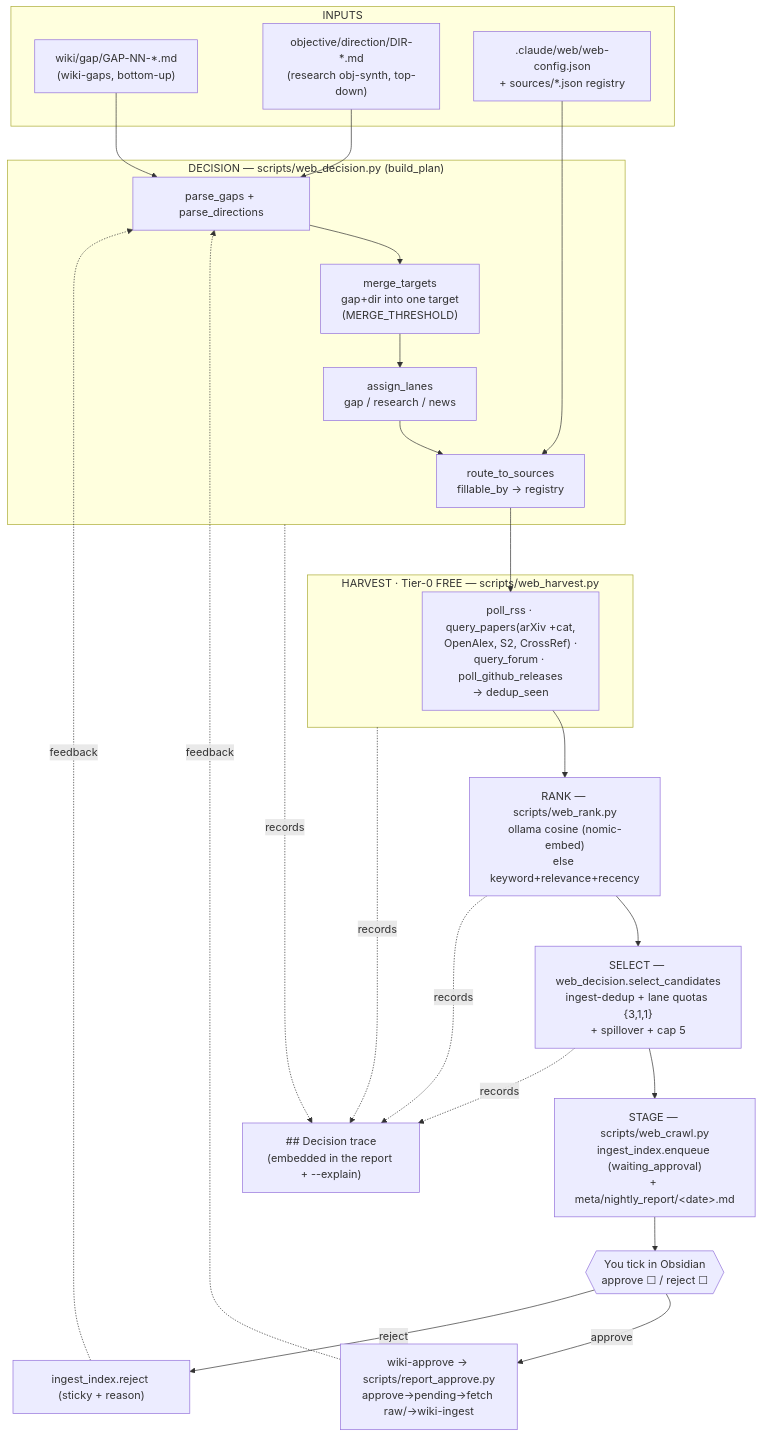
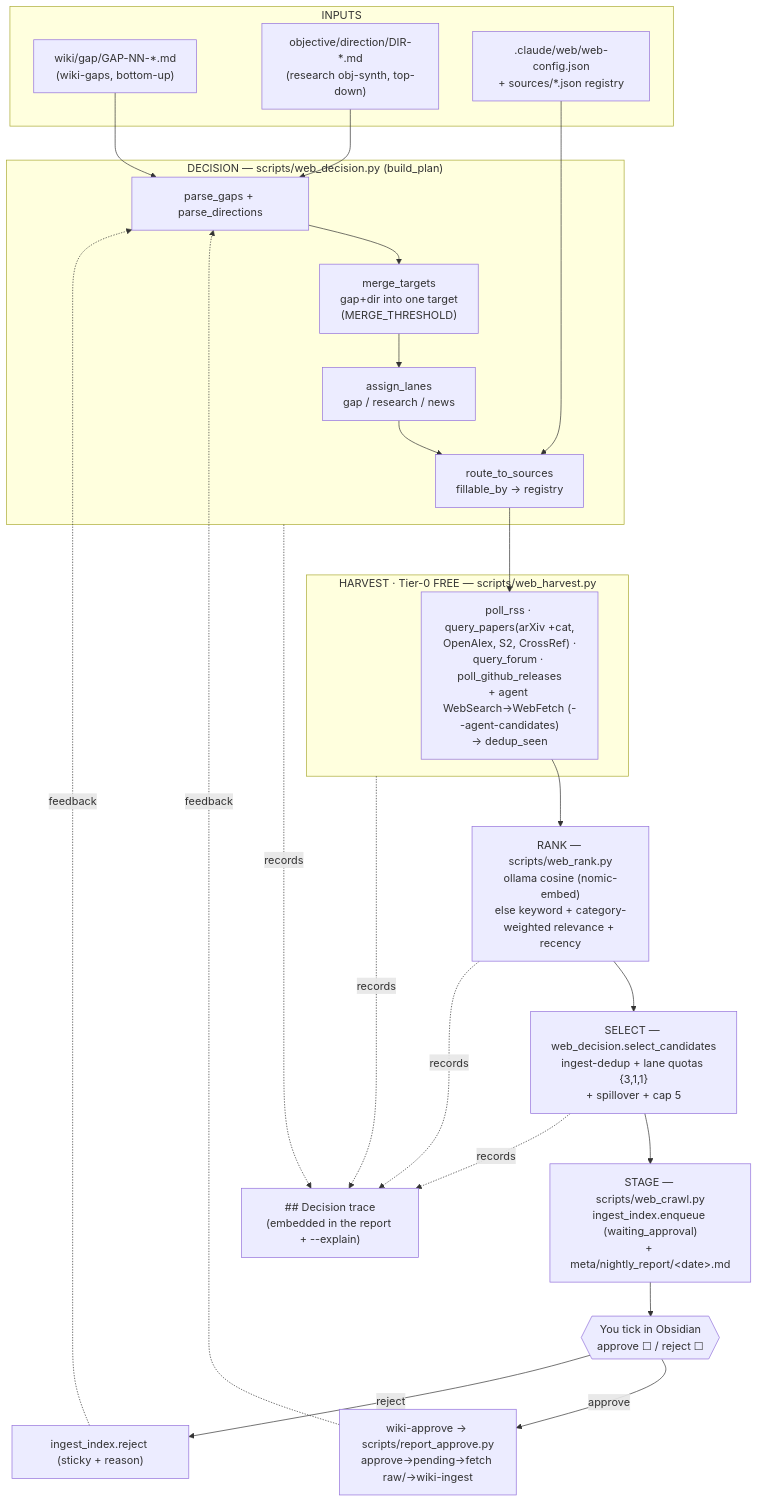
One commit to jjpietrak/secondbrain changed the diagram in docs/web-agent-workflow.md. Above: the diagram before and after it, drawn with Mermaid. The commit also changed other lines of this file, not shown here.

First line of the commit message:
docs: complete web-agent-workflow.md refresh (worktree copy; see 596d3b3)

````diff
--- a/docs/web-agent-workflow.md
+++ b/docs/web-agent-workflow.md
@@ -15,41 +16,41 @@
 ```mermaid
 flowchart TD
   subgraph IN["INPUTS"]
     G["wiki/gap/GAP-NN-*.md<br/>(wiki-gaps, bottom-up)"]
     D["objective/direction/DIR-*.md<br/>(research obj-synth, top-down)"]
     CFG[".claude/web/web-config.json<br/>+ sources/*.json registry"]
   end
 
   subgraph DEC["DECISION — scripts/web_decision.py (build_plan)"]
     P["parse_gaps + parse_directions"]
     M["merge_targets<br/>gap+dir into one target<br/>(MERGE_THRESHOLD)"]
     L["assign_lanes<br/>gap / research / news"]
     R["route_to_sources<br/>fillable_by → registry"]
     P --> M --> L --> R
   end
 
   subgraph HARV["HARVEST · Tier-0 FREE — scripts/web_harvest.py"]
-    H["poll_rss · query_papers(arXiv +cat,<br/>OpenAlex, S2, CrossRef) ·<br/>query_forum · poll_github_releases<br/>→ dedup_seen"]
+    H["poll_rss · query_papers(arXiv +cat,<br/>OpenAlex, S2, CrossRef) ·<br/>query_forum · poll_github_releases<br/>+ agent WebSearch→WebFetch (--agent-candidates)<br/>→ dedup_seen"]
   end
 
-  RK["RANK — scripts/web_rank.py<br/>ollama cosine (nomic-embed)<br/>else keyword+relevance+recency"]
+  RK["RANK — scripts/web_rank.py<br/>ollama cosine (nomic-embed)<br/>else keyword + category-weighted relevance + recency"]
   SEL["SELECT — web_decision.select_candidates<br/>ingest-dedup + lane quotas {3,1,1}<br/>+ spillover + cap 5"]
   STG["STAGE — scripts/web_crawl.py<br/>ingest_index.enqueue (waiting_approval)<br/>+ meta/nightly_report/&lt;date&gt;.md"]
   APP{{"You tick in Obsidian<br/>approve ☐ / reject ☐"}}
   WA["wiki-approve → scripts/report_approve.py<br/>approve→pending→fetch raw/→wiki-ingest"]
   RJ["ingest_index.reject (sticky + reason)"]
   TR["## Decision trace<br/>(embedded in the report + --explain)"]
 
   G --> P
   D --> P
   CFG --> R
   R --> H --> RK --> SEL --> STG --> APP
   APP -->|approve| WA
   APP -->|reject| RJ
   WA -.feedback.-> P
   RJ -.feedback.-> P
   DEC -.records.-> TR
   HARV -.records.-> TR
   RK -.records.-> TR
   SEL -.records.-> TR
 ```
````
